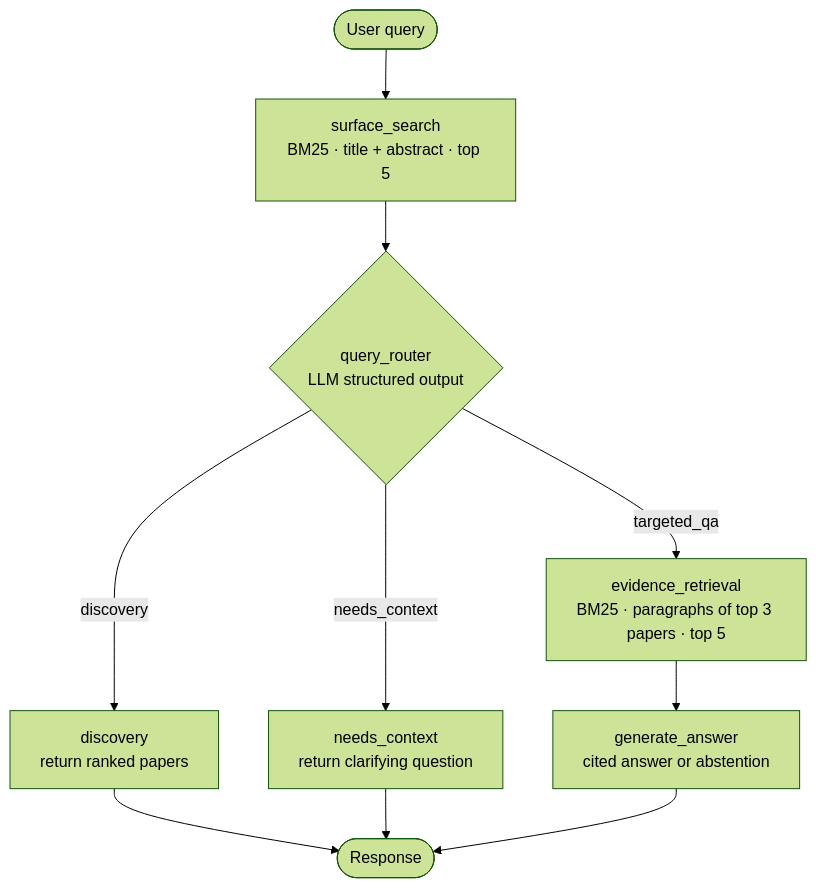
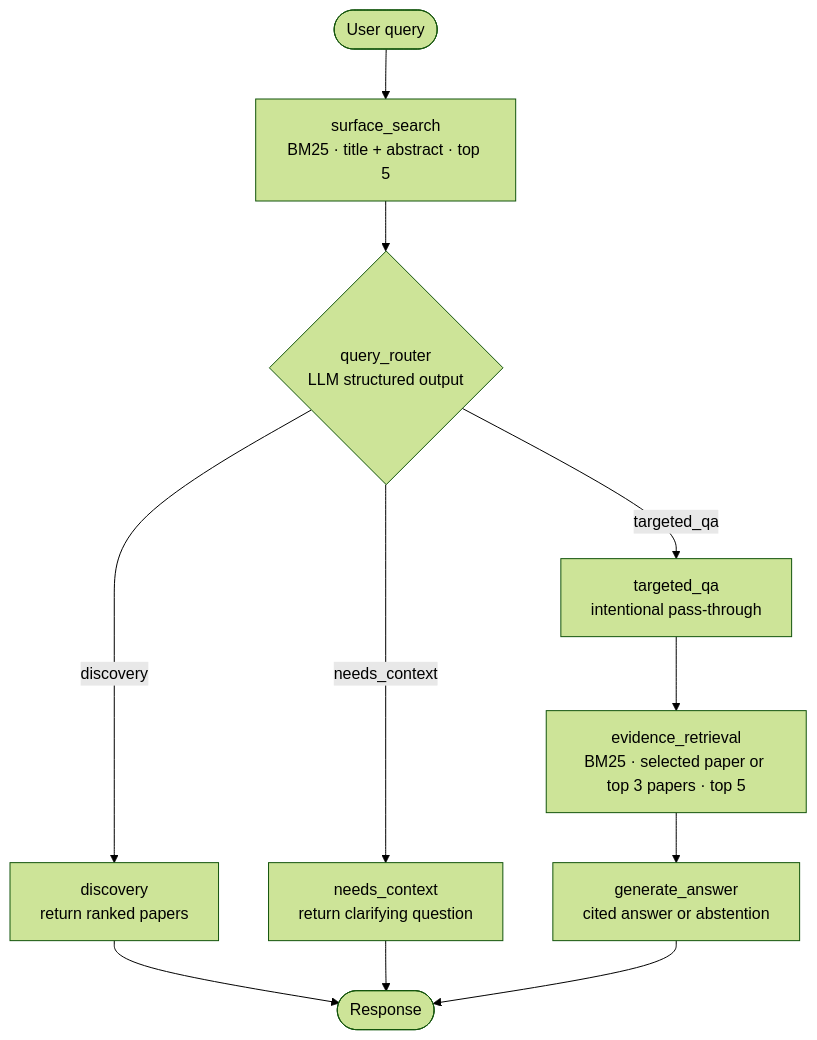
The diagram in README.md (ybai1110/PaperRAG), drawn with Mermaid (forest theme) before and after one commit. The commit also changed other lines of this file and 27 other files, not shown here.

````diff
--- a/README.md
+++ b/README.md
@@ -36,12 +37,13 @@
 ```mermaid
 flowchart TD
     A([User query]) --> B[surface_search<br/>BM25 · title + abstract · top 5]
     B --> C{query_router<br/>LLM structured output}
     C -->|discovery| D[discovery<br/>return ranked papers]
     C -->|needs_context| E[needs_context<br/>return clarifying question]
-    C -->|targeted_qa| F[evidence_retrieval<br/>BM25 · paragraphs of top 3 papers · top 5]
+    C -->|targeted_qa| T[targeted_qa<br/>intentional pass-through]
+    T --> F[evidence_retrieval<br/>BM25 · selected paper or top 3 papers · top 5]
     F --> G[generate_answer<br/>cited answer or abstention]
     D --> H([Response])
     E --> H
     G --> H
 ```
````
